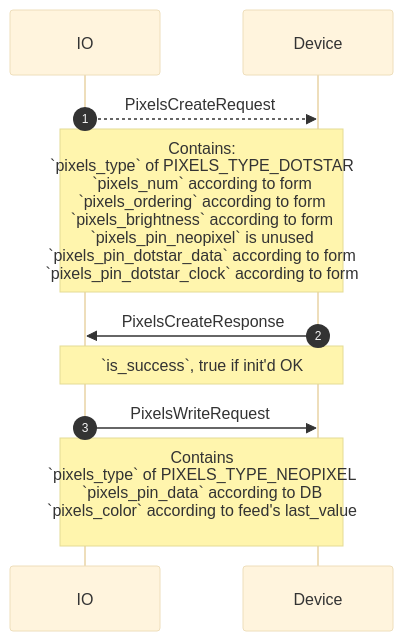
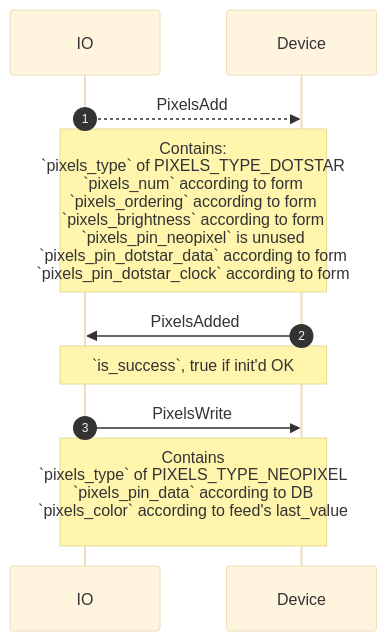
One commit to adafruit/Wippersnapper_Protobuf changed the tenth of 10 diagrams in proto/wippersnapper/docs/pixels.md. Above: the diagram before and after it, drawn with Mermaid (base theme). The commit also changed other lines of this file and 6 other files, not shown here.

````diff
--- a/proto/wippersnapper/docs/pixels.md
+++ b/proto/wippersnapper/docs/pixels.md
@@ -111,10 +111,10 @@
 ```mermaid
 sequenceDiagram
 autonumber
-IO-->>Device: PixelsCreateRequest
+IO-->>Device: PixelsAdd
 Note over IO, Device: Contains:<br> `pixels_type` of PIXELS_TYPE_DOTSTAR<br>`pixels_num` according to form<br>`pixels_ordering` according to form<br> `pixels_brightness` according to form <br>`pixels_pin_neopixel` is unused<br> `pixels_pin_dotstar_data` according to form<br>`pixels_pin_dotstar_clock` according to form
-Device->>IO: PixelsCreateResponse
+Device->>IO: PixelsAdded
 Note over Device,IO: `is_success`, true if init'd OK
-IO->>Device: PixelsWriteRequest
+IO->>Device: PixelsWrite
 Note over IO, Device: Contains<br> `pixels_type` of PIXELS_TYPE_NEOPIXEL<br>`pixels_pin_data` according to DB<br>`pixels_color` according to feed's last_value<br>
 ```
````
